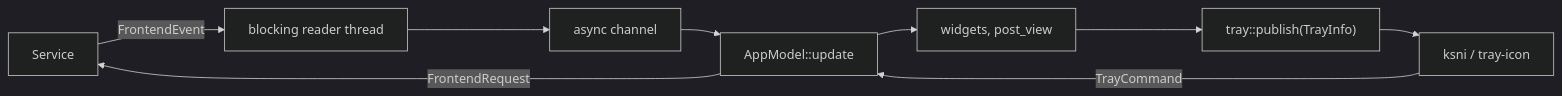
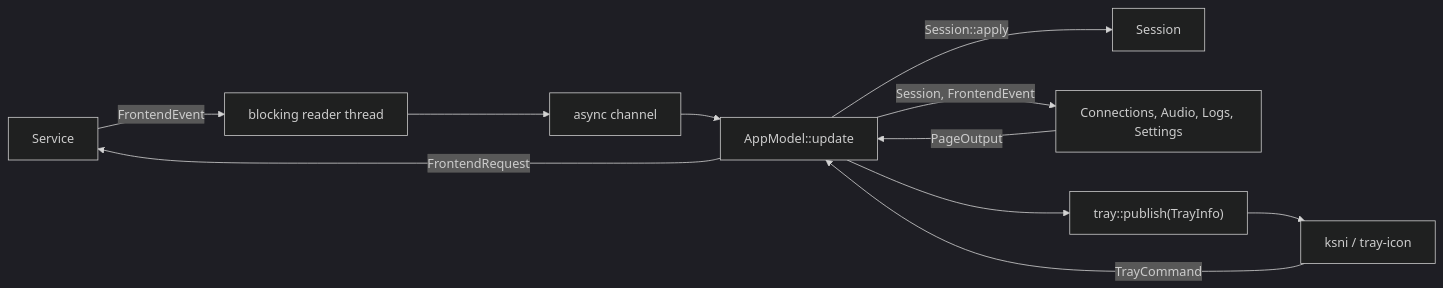
One commit to luminusOS/deskunion changed the seventh of 7 diagrams in ARCHITECTURE.md. Above: the diagram before and after it, drawn with Mermaid (dark theme). The commit also changed other lines of this file and 28 other files, not shown here.

````diff
--- a/ARCHITECTURE.md
+++ b/ARCHITECTURE.md
@@ -370,11 +376,13 @@
 ```mermaid
 flowchart LR
     Svc[Service] -->|FrontendEvent| Reader[blocking reader thread]
     Reader --> Chan[async channel]
     Chan --> App[AppModel::update]
+    App -->|Session::apply| Session
+    App -->|Session, FrontendEvent| Pages[Connections, Audio, Logs, Settings]
+    Pages -->|PageOutput| App
     App -->|FrontendRequest| Svc
-    App --> View[widgets, post_view]
-    View --> Tray["tray::publish(TrayInfo)"]
+    App --> Tray["tray::publish(TrayInfo)"]
     Tray --> Render[ksni / tray-icon]
     Render -->|TrayCommand| App
 ```
````
